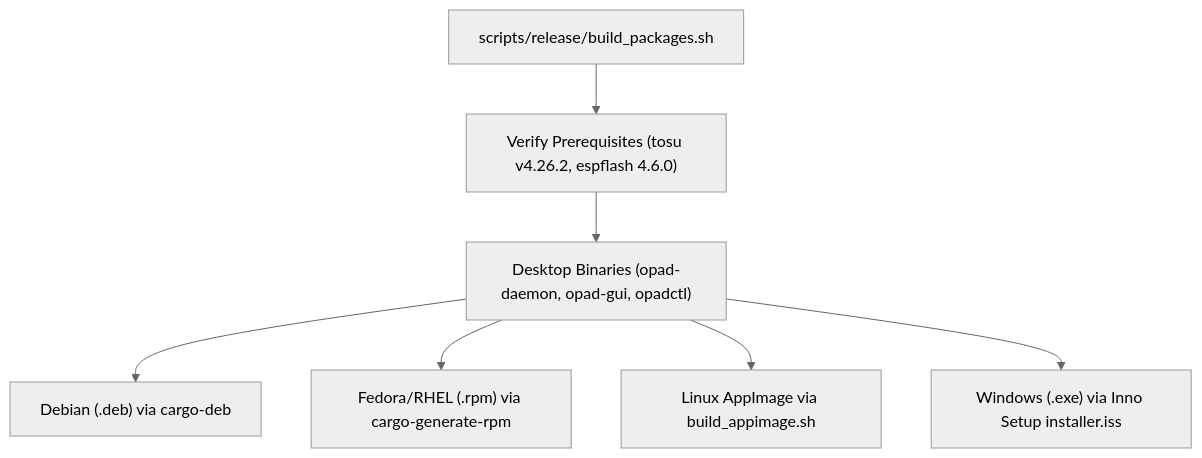
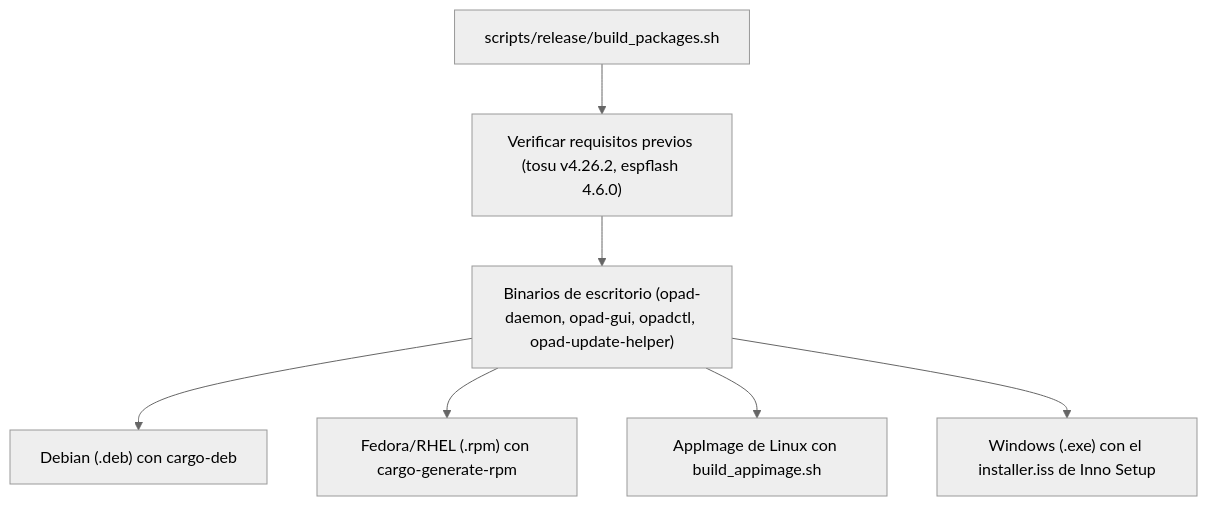
Before and after one commit to OPad-dev/OPad: the diagram in docs/es/develop/packaging.md, drawn with Mermaid (neutral theme). The commit also changed other lines of this file and 51 other files, not shown here.

````diff
--- a/docs/es/develop/packaging.md
+++ b/docs/es/develop/packaging.md
@@ -12,9 +12,9 @@
 ```mermaid
 flowchart TD
-    Build["scripts/release/build_packages.sh"] --> PreReq["Verify Prerequisites (tosu v4.26.2, espflash 4.6.0)"]
-    PreReq --> Binaries["Desktop Binaries (opad-daemon, opad-gui, opadctl)"]
-    Binaries --> DEB["Debian (.deb) via cargo-deb"]
-    Binaries --> RPM["Fedora/RHEL (.rpm) via cargo-generate-rpm"]
-    Binaries --> AppImage["Linux AppImage via build_appimage.sh"]
-    Binaries --> Windows["Windows (.exe) via Inno Setup installer.iss"]
+    Build["scripts/release/build_packages.sh"] --> PreReq["Verificar requisitos previos (tosu v4.26.2, espflash 4.6.0)"]
+    PreReq --> Binaries["Binarios de escritorio (opad-daemon, opad-gui, opadctl, opad-update-helper)"]
+    Binaries --> DEB["Debian (.deb) con cargo-deb"]
+    Binaries --> RPM["Fedora/RHEL (.rpm) con cargo-generate-rpm"]
+    Binaries --> AppImage["AppImage de Linux con build_appimage.sh"]
+    Binaries --> Windows["Windows (.exe) con el installer.iss de Inno Setup"]
 ```
````
